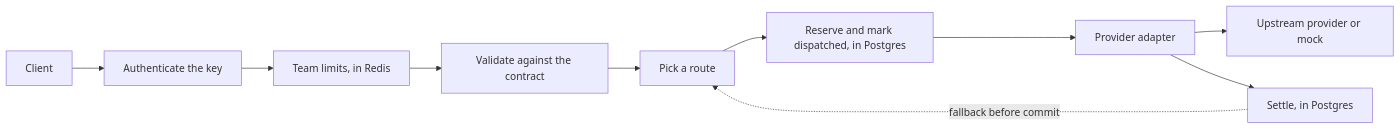
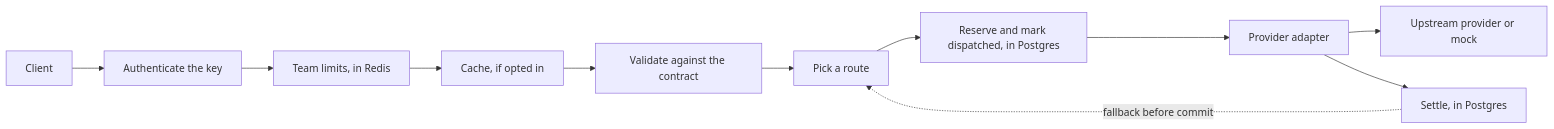
One commit to Bispulm/llmgate changed the diagram in README.md. Above: the diagram before and after it, drawn with Mermaid. The commit also changed other lines of this file and 1 other file, not shown here.

````diff
--- a/README.md
+++ b/README.md
@@ -49,12 +33,13 @@
 ```mermaid
 flowchart LR
     C[Client] --> A[Authenticate the key]
     A --> T[Team limits, in Redis]
-    T --> V[Validate against the contract]
+    T --> K[Cache, if opted in]
+    K --> V[Validate against the contract]
     V --> R[Pick a route]
     R --> RS[Reserve and mark dispatched, in Postgres]
     RS --> AD[Provider adapter]
     AD --> U[Upstream provider or mock]
     AD --> S[Settle, in Postgres]
     S -. fallback before commit .-> R
 ```
````
